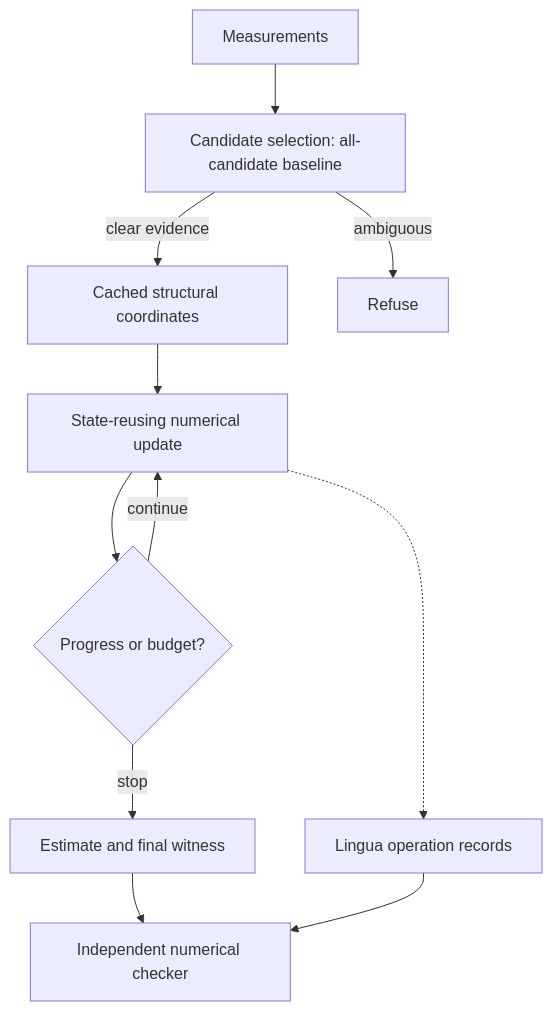
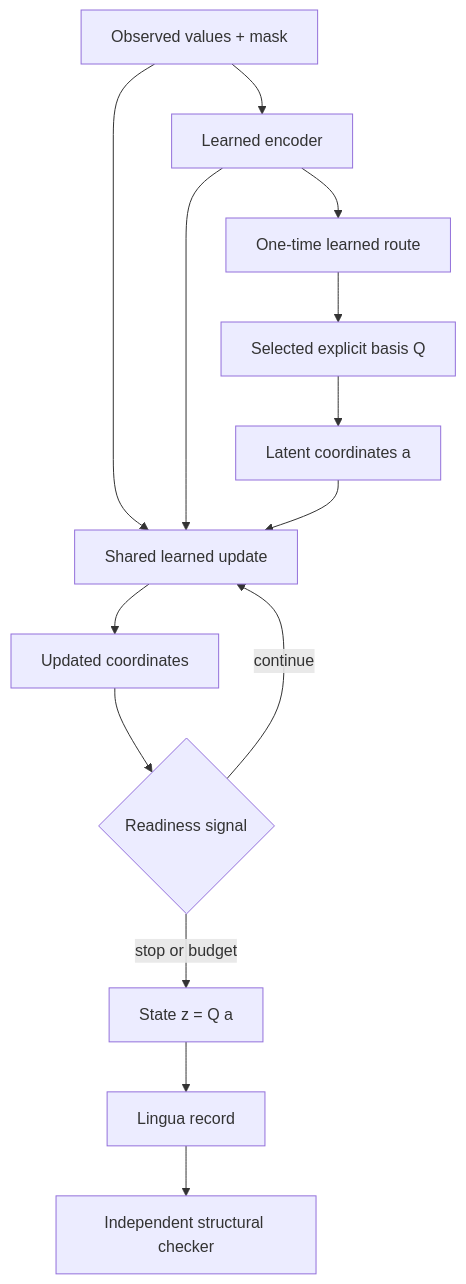
Before and after one commit to seanm27lol/universa-recurrent: the diagram in docs/architecture.md, drawn with Mermaid. The commit also changed other lines of this file and 27 other files, not shown here.

````diff
--- a/docs/architecture.md
+++ b/docs/architecture.md
@@ -3,13 +5,16 @@
 ```mermaid
 flowchart TD
-    M[Measurements] --> R[Candidate selection: all-candidate baseline]
-    R -->|clear evidence| C[Cached structural coordinates]
-    R -->|ambiguous| X[Refuse]
-    C --> U[State-reusing numerical update]
-    U --> S{Progress or budget?}
-    S -->|continue| U
-    S -->|stop| O[Estimate and final witness]
-    U -.-> T[Lingua operation records]
-    O --> V[Independent numerical checker]
-    T --> V
+    X[Observed values + mask] --> E[Learned encoder]
+    E --> R[One-time learned route]
+    R --> Q[Selected explicit basis Q]
+    Q --> A[Latent coordinates a]
+    X --> U[Shared learned update]
+    E --> U
+    A --> U
+    U --> A2[Updated coordinates]
+    A2 --> H{Readiness signal}
+    H -->|continue| U
+    H -->|stop or budget| Z[State z = Q a]
+    Z --> L[Lingua record]
+    L --> V[Independent structural checker]
 ```
````
